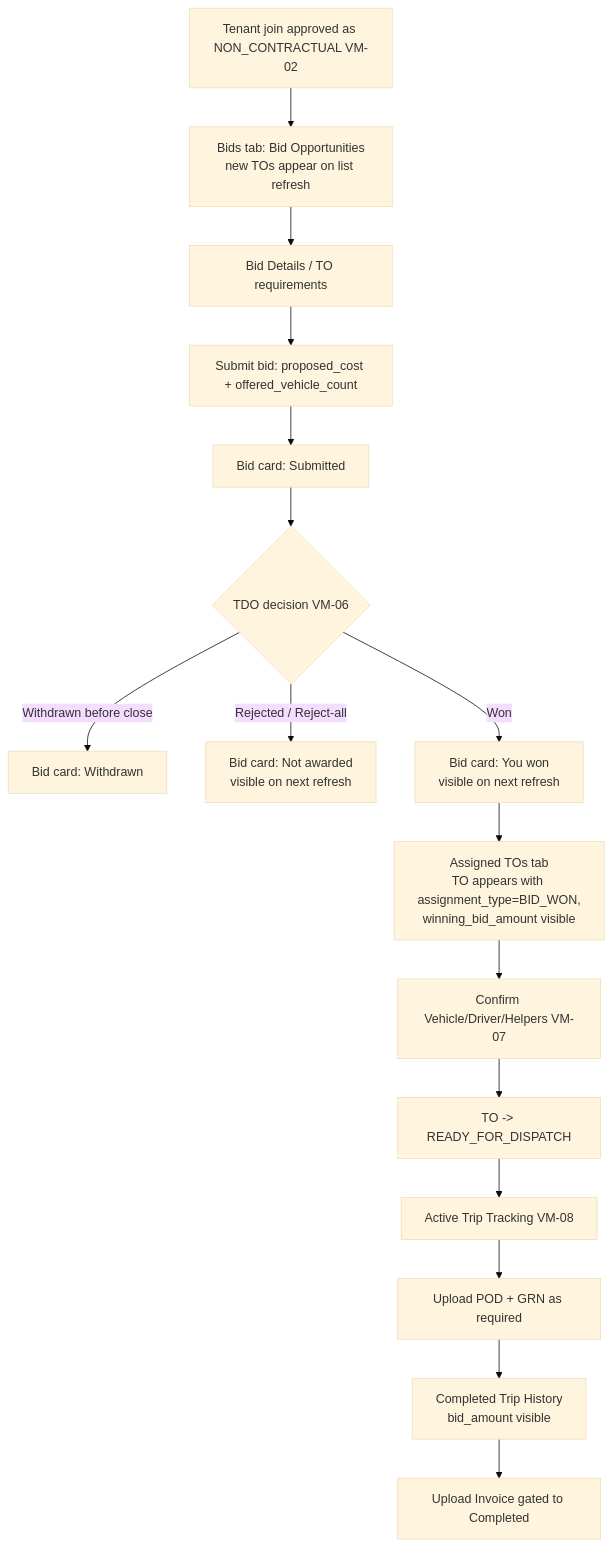
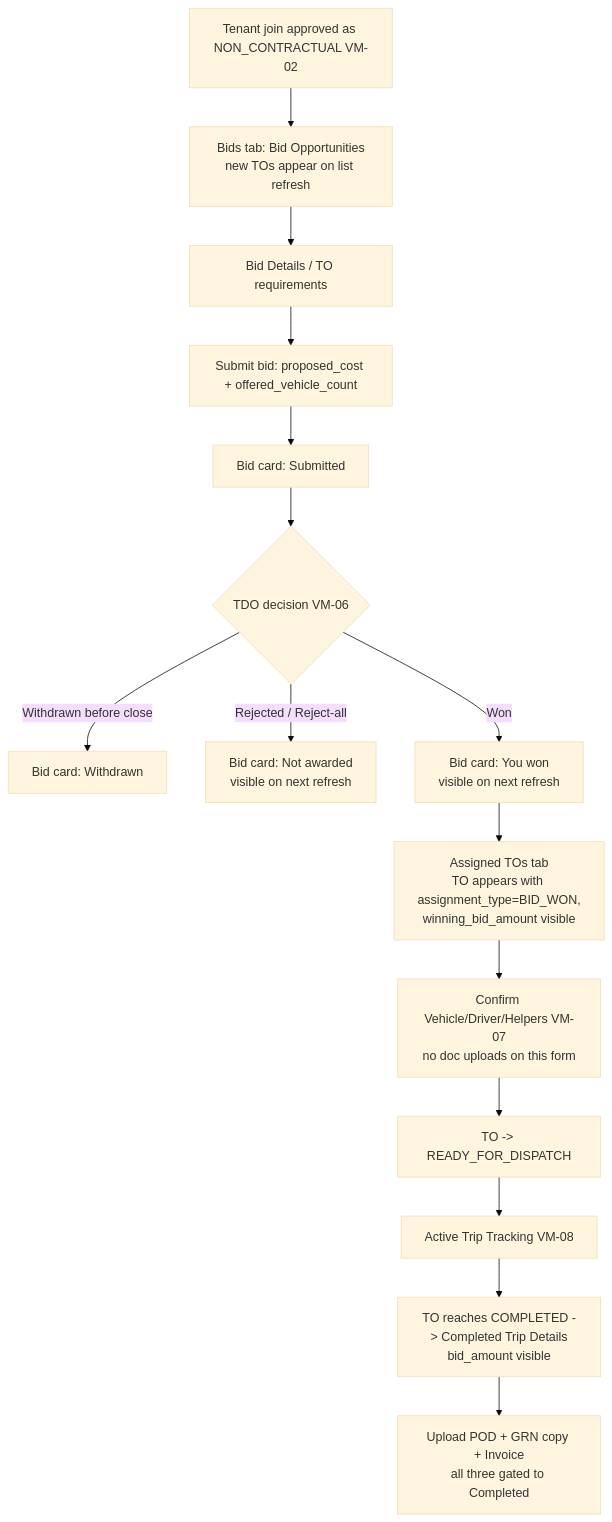
Before and after one commit to sbu-europe/dfms-naming-campaign: the second of 2 diagrams in 05-modules/09-mobile-apps/vendor-mobile/12-vendor-type-flows.md, drawn with Mermaid (base theme). The commit also changed other lines of this file and 8 other files, not shown here.

````diff
--- a/05-modules/09-mobile-apps/vendor-mobile/12-vendor-type-flows.md
+++ b/05-modules/09-mobile-apps/vendor-mobile/12-vendor-type-flows.md
@@ -116,18 +116,17 @@
 ```mermaid
 flowchart TD
   J[Tenant join approved as NON_CONTRACTUAL VM-02] --> BL[Bids tab: Bid Opportunities<br/>new TOs appear on list refresh]
   BL --> BD[Bid Details / TO requirements]
   BD --> BS[Submit bid: proposed_cost + offered_vehicle_count]
   BS --> SUBM[Bid card: Submitted]
   SUBM --> EV{TDO decision VM-06}
   EV -- Withdrawn before close --> WD[Bid card: Withdrawn]
   EV -- Rejected / Reject-all --> LOSE[Bid card: Not awarded<br/>visible on next refresh]
   EV -- Won --> WIN[Bid card: You won<br/>visible on next refresh]
   WIN --> ATO[Assigned TOs tab<br/>TO appears with assignment_type=BID_WON,<br/>winning_bid_amount visible]
-  ATO --> VM7[Confirm Vehicle/Driver/Helpers VM-07]
+  ATO --> VM7[Confirm Vehicle/Driver/Helpers VM-07<br/>no doc uploads on this form]
   VM7 --> RDY[TO -> READY_FOR_DISPATCH]
   RDY --> TRIP[Active Trip Tracking VM-08]
-  TRIP --> POD[Upload POD + GRN as required]
-  POD --> COMP[Completed Trip History<br/>bid_amount visible]
-  COMP --> INV[Upload Invoice gated to Completed]
+  TRIP --> COMP[TO reaches COMPLETED -> Completed Trip Details<br/>bid_amount visible]
+  COMP --> UPL[Upload POD + GRN copy + Invoice<br/>all three gated to Completed]
 ```
````
